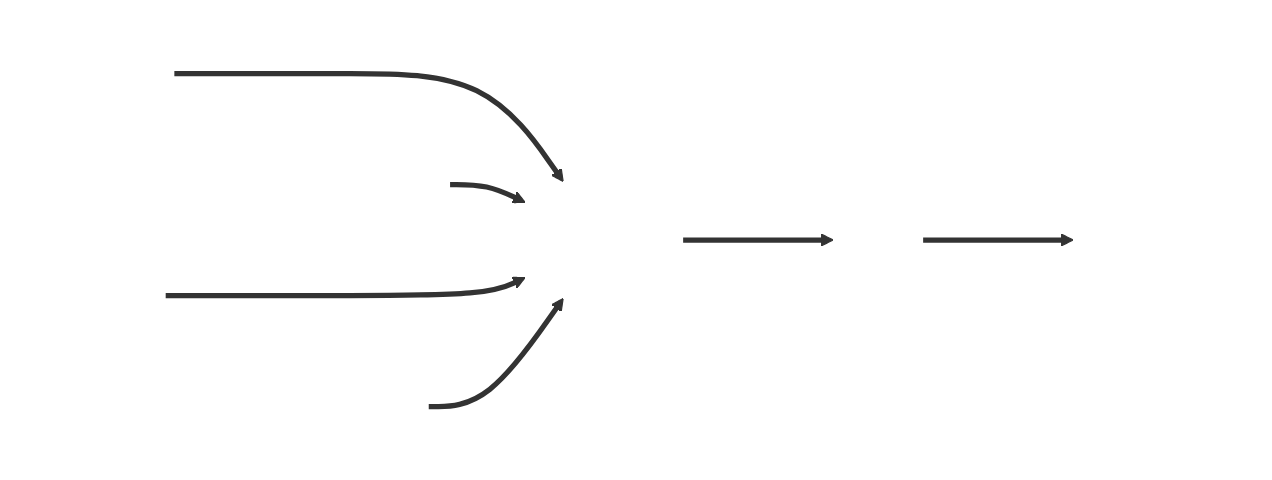
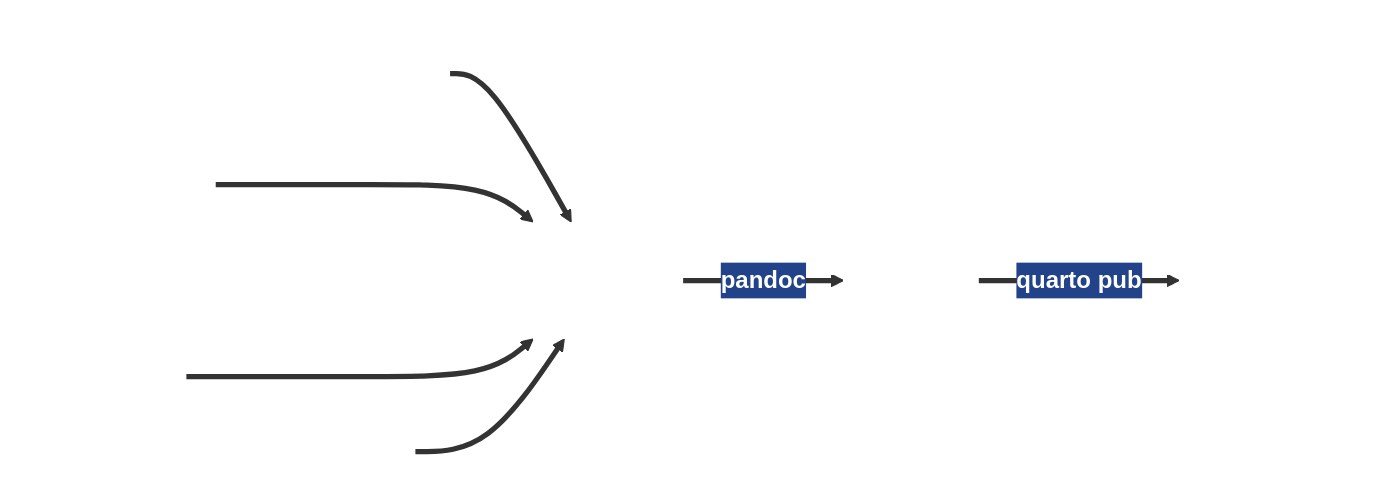
The fourth of 4 diagrams in slides6.qmd (vhgauto/seminario2-gulich), drawn with Mermaid before and after one commit. The commit also changed other lines of this file and 1 other file, not shown here.

Commit message:
video con autoplay, modificaciones menores, cambios en diagramas mermaid

````diff
--- a/slides6.qmd
+++ b/slides6.qmd
@@ -476,16 +519,25 @@
 ```{mermaid}
+%%{
+  init: {
+    'themeVariables': {
+      'edgeLabelBackground': '#224289',
+      'edgeLabel': 'red'
+    }
+  }
+}%%
+
 flowchart LR
-  s1[<span class="ant-design--code-filled"></span><br>scripts]:::e1 ===> q1[<span class="simple-icons--quarto"></span><br>quarto]:::e1
+  s1[<span class="ant-design--code-filled"></span><br>scripts]:::e1 ==> q1[<span class="simple-icons--quarto"></span><br>quarto]:::e1
 
-  s2[<span class="material-symbols--markdown"></span><br>markdown]:::e1 ==> q1
+  s2[<span class="material-symbols--markdown"></span><br>markdown]:::e1 ===> q1
 
   s3[<span class="fe--document"></span><br>texto]:::e1 ===> q1
 
-  s4[<span class="file-icons--latex"></span><br>LaTeX]:::e1 ==> q1
+  s4[<span class="file-icons--latex"></span>]:::e1 ==> q1
 
-  q1 ===> h1[<span class="ph--file-html-thin"></span>]:::e1
+  q1 ==>|<b style='color:white'>pandoc</b>| h1[<span class="qlementine-icons--file-html-16"></span><br>html]:::e1
 
-  h1 ===> w1[<span class="mdi--web"></span><br>sitio web]:::e1
+  h1 ==>|<b style='color:white'>quarto pub</b>| w1[<span class="mdi--web"></span><br>sitio web]:::e1
 
   classDef e1 stroke:none,color:#FFFFFF,fill:none;
 ```
````
